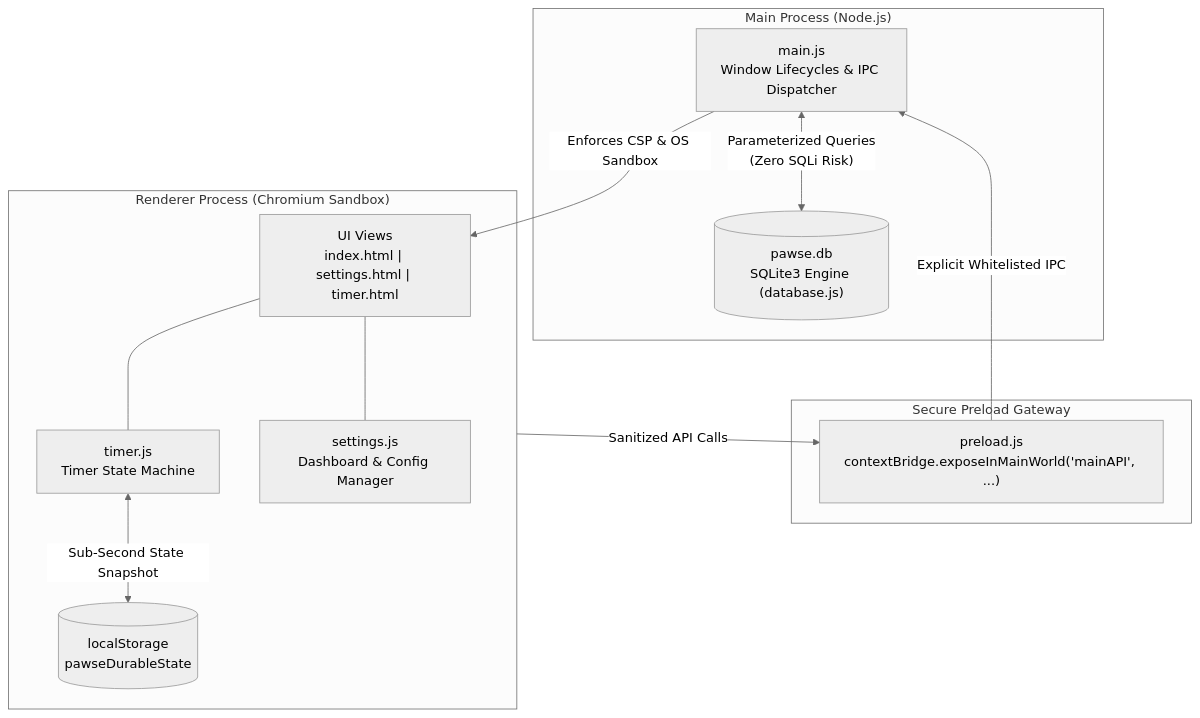
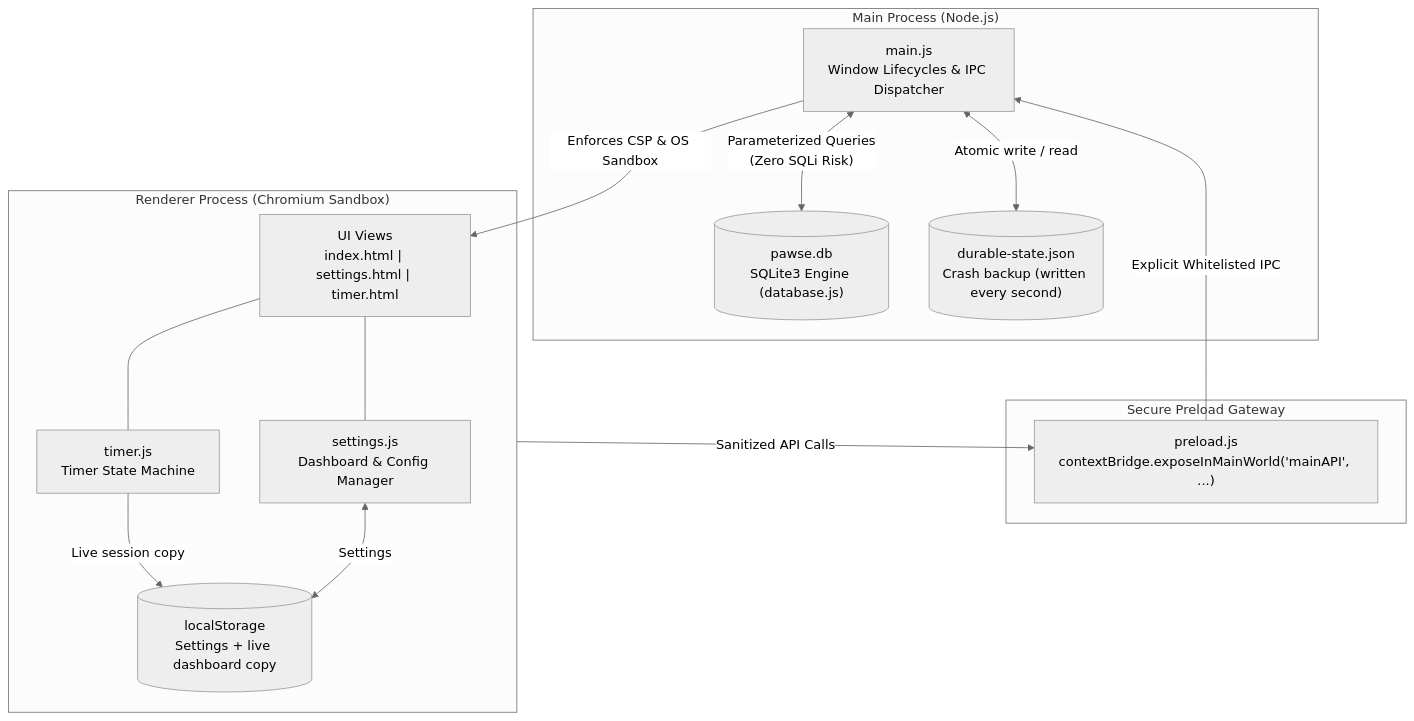
The second of 2 diagrams in README.md (educ-jkescritor/Pawse), drawn with Mermaid (neutral theme) before and after one commit. The commit also changed other lines of this file and 2 other files, not shown here.

Commit message:
update: describe the file-based crash backup in readme and agents.md
README: recovery diagram, rule 1, and the note now describe the backup file written every second by the main process (at most ~1 s lost after a hard crash; ended sessions are marked cleared). Architecture diagram shows durable-state.json on the main-process side.
AGENTS.md: §6.2 rewritten for the file backup (file is the authority, cleared marker, localStorage only as dashboard copy / old-version fallback, use the helpers); §7.4 crash-test wait is ~2 s.
PROJECT_LOG: fill in N7 (47748f1) and A4a (8d6a188) hashes; next = N2, N4.

````diff
--- a/README.md
+++ b/README.md
@@ -133,26 +133,29 @@
 ```mermaid
 flowchart TD
     subgraph Backend ["Main Process (Node.js)"]
         A["main.js<br/>Window Lifecycles & IPC Dispatcher"]
         C[("pawse.db<br/>SQLite3 Engine (database.js)")]
+        B[("durable-state.json<br/>Crash backup (written every second)")]
         A <-->|"Parameterized Queries<br/>(Zero SQLi Risk)"| C
+        A <-->|"Atomic write / read"| B
     end
 
     subgraph Bridge ["Secure Preload Gateway"]
         D["preload.js<br/>contextBridge.exposeInMainWorld('mainAPI', ...)"]
     end
 
     subgraph Frontend ["Renderer Process (Chromium Sandbox)"]
         UI["UI Views<br/>index.html | settings.html | timer.html"]
         TM["timer.js<br/>Timer State Machine"]
         SM["settings.js<br/>Dashboard & Config Manager"]
-        DS[("localStorage<br/>pawseDurableState")]
+        DS[("localStorage<br/>Settings + live dashboard copy")]
         UI --- TM
         UI --- SM
-        TM <-->|"Sub-Second State Snapshot"| DS
+        TM -->|"Live session copy"| DS
+        SM <-->|"Settings"| DS
     end
 
     A -->|"Enforces CSP & OS Sandbox"| UI
     Frontend -->|"Sanitized API Calls"| D
     D -->|"Explicit Whitelisted IPC"| A
 ```
````
